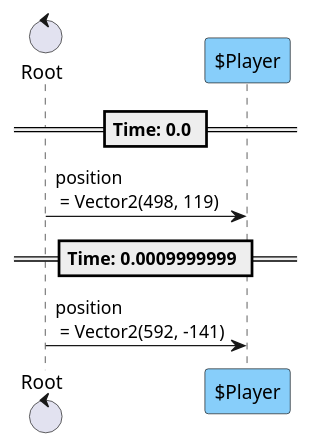
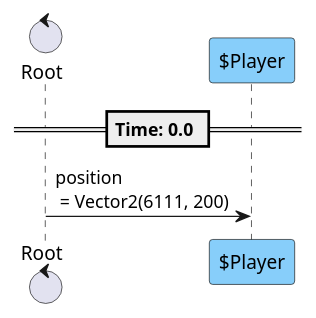
One commit to tkmfujise/Platformer-Game-Learning changed the second of 8 diagrams in content/scenes/src/chapters/0/stages/0/stage_0.tscn.adoc. Above: the diagram before and after it, drawn with PlantUML. The commit also changed other lines of this file and 211 other files, not shown here.

```diff
--- a/content/scenes/src/chapters/0/stages/0/stage_0.tscn.adoc
+++ b/content/scenes/src/chapters/0/stages/0/stage_0.tscn.adoc
@@ -305,14 +308,12 @@
 [plantuml]
 ....
 control "Root" as R
 participant "$Player" as T0 #87CEFA
 
 
 
 == Time: 0.0 ==
-R  ->  T0 : position\n = Vector2(498, 119)
-== Time: 0.0009999999 ==
-R  ->  T0 : position\n = Vector2(592, -141)
+R  ->  T0 : position\n = Vector2(6111, 200)
 
 
 ....
```
